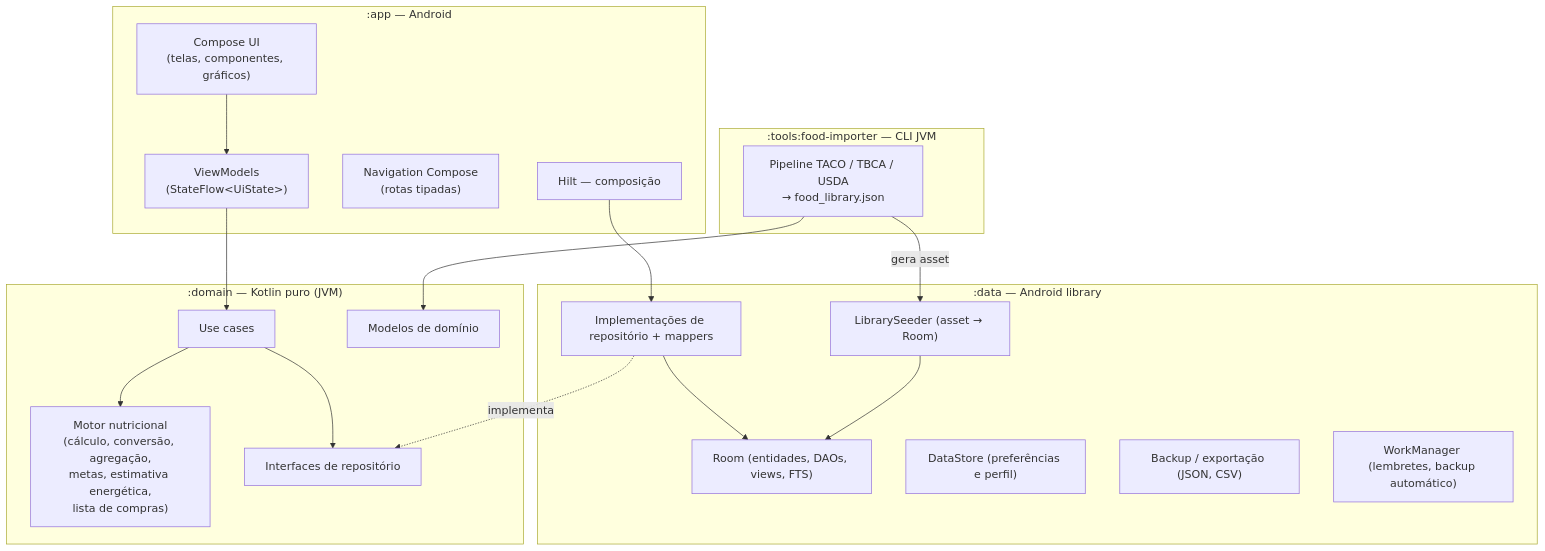
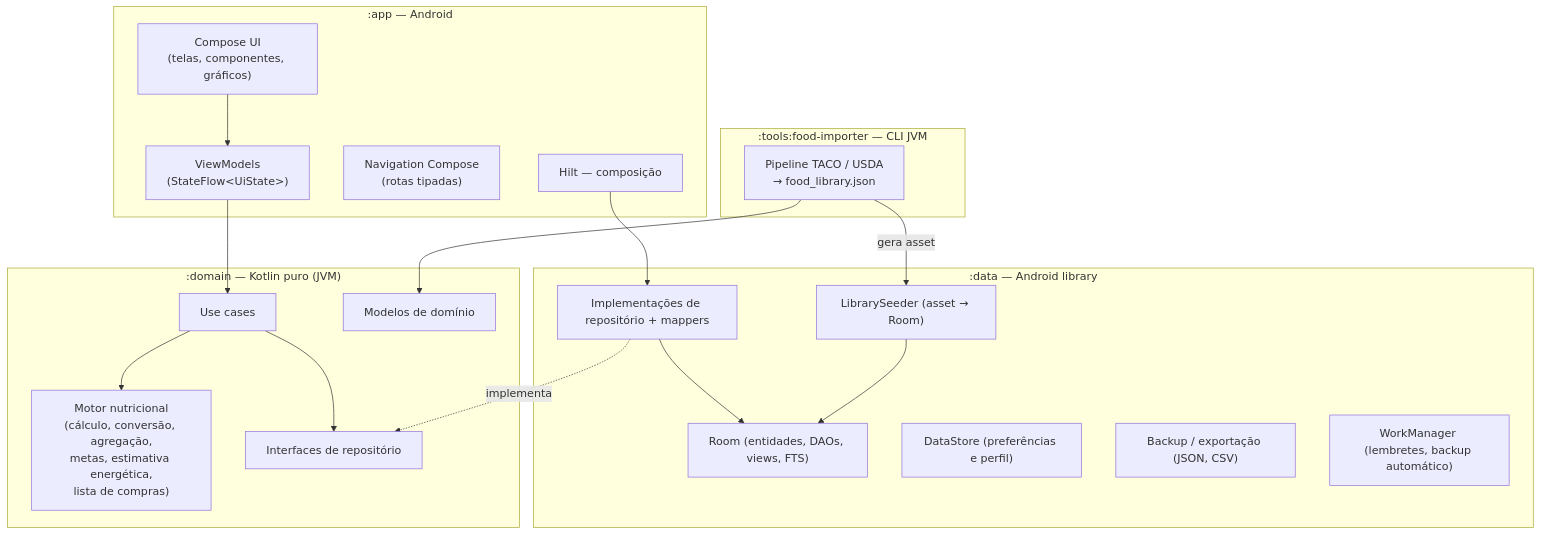
One commit to lucasanso/calories-apk changed the first of 2 diagrams in docs/01-arquitetura.md. Above: the diagram before and after it, drawn with Mermaid. The commit also changed other lines of this file and 66 other files, not shown here.

````diff
--- a/docs/01-arquitetura.md
+++ b/docs/01-arquitetura.md
@@ -22,36 +22,36 @@
 ```mermaid
 flowchart TB
     subgraph app[":app — Android"]
         UI["Compose UI<br/>(telas, componentes, gráficos)"]
         VM["ViewModels<br/>(StateFlow&lt;UiState&gt;)"]
         NAV["Navigation Compose<br/>(rotas tipadas)"]
         DI["Hilt — composição"]
     end
     subgraph domain[":domain — Kotlin puro (JVM)"]
         UC["Use cases"]
         ENG["Motor nutricional<br/>(cálculo, conversão, agregação,<br/>metas, estimativa energética,<br/>lista de compras)"]
         MOD["Modelos de domínio"]
         REPO["Interfaces de repositório"]
     end
     subgraph data[":data — Android library"]
         ROOM["Room (entidades, DAOs, views, FTS)"]
         IMPL["Implementações de repositório + mappers"]
         SEED["LibrarySeeder (asset → Room)"]
         DS["DataStore (preferências e perfil)"]
         BK["Backup / exportação (JSON, CSV)"]
         WM["WorkManager (lembretes, backup automático)"]
     end
     subgraph tools[":tools:food-importer — CLI JVM"]
-        PIPE["Pipeline TACO / TBCA / USDA<br/>→ food_library.json"]
+        PIPE["Pipeline TACO / USDA<br/>→ food_library.json"]
     end
 
     UI --> VM --> UC
     UC --> ENG
     UC --> REPO
     IMPL -. implementa .-> REPO
     IMPL --> ROOM
     SEED --> ROOM
     DI --> IMPL
     PIPE --> MOD
     PIPE -- gera asset --> SEED
 ```
````
